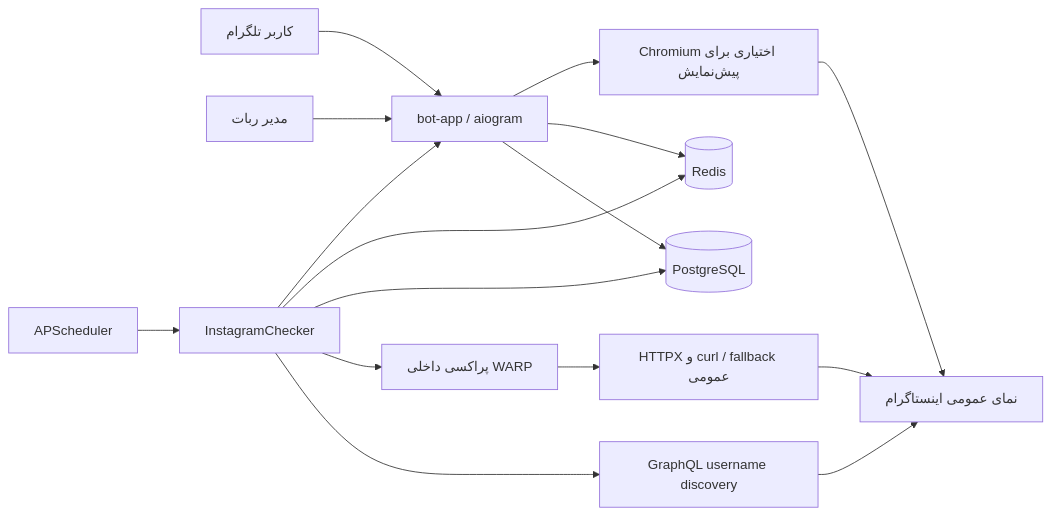
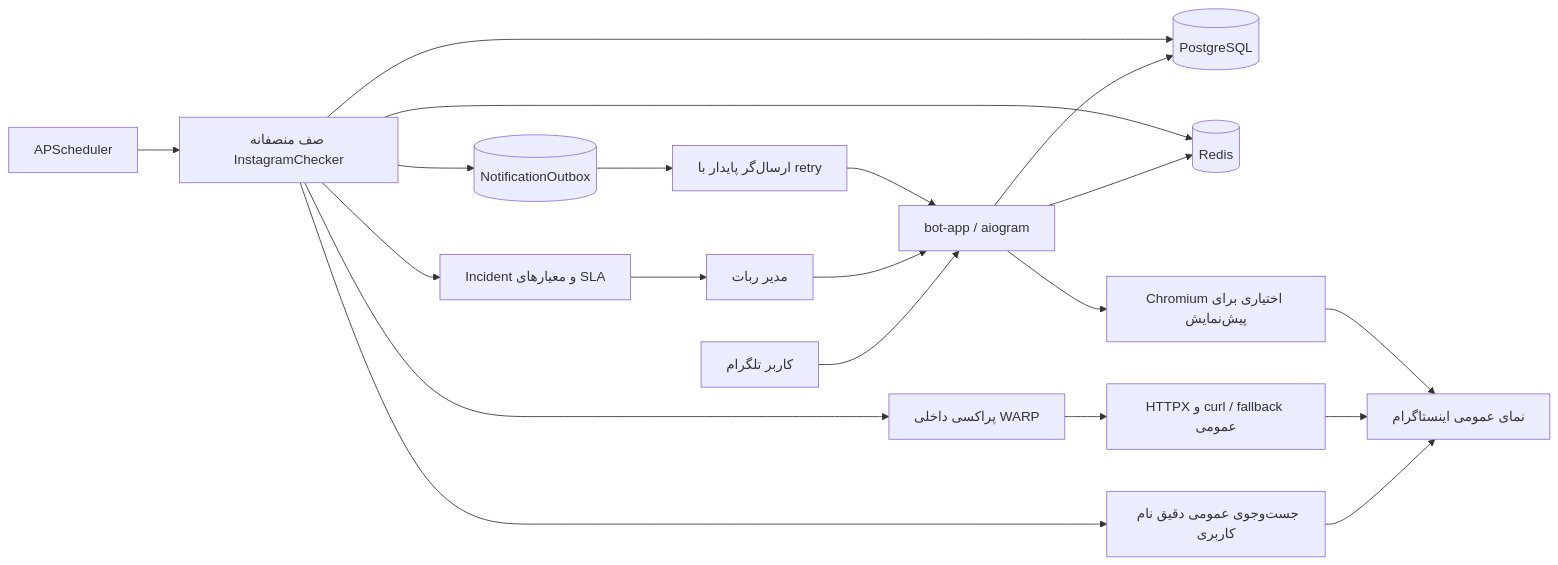
The diagram in README.md (farstar-team/farstar-warner), drawn with Mermaid before and after one commit. The commit also changed other lines of this file and 36 other files, not shown here.

````diff
--- a/README.md
+++ b/README.md
@@ -63,18 +80,22 @@
 ```mermaid
 flowchart LR
     U["کاربر تلگرام"] --> B["bot-app / aiogram"]
     A["مدیر ربات"] --> B
     B --> P[("PostgreSQL")]
     B --> R[("Redis")]
-    S["APScheduler"] --> C["InstagramChecker"]
-    C --> G["GraphQL username discovery"]
+    S["APScheduler"] --> C["صف منصفانه InstagramChecker"]
+    C --> G["جست‌وجوی عمومی دقیق نام کاربری"]
     C --> W["پراکسی داخلی WARP"]
     W --> H["HTTPX و curl / fallback عمومی"]
     B --> X["Chromium اختیاری برای پیش‌نمایش"]
     G --> I
     H --> I["نمای عمومی اینستاگرام"]
     X --> I
     C --> P
     C --> R
-    C --> B
+    C --> O[("NotificationOutbox")]
+    O --> D["ارسال‌گر پایدار با retry"]
+    D --> B
+    C --> M["Incident و معیارهای SLA"]
+    M --> A
 ```
````
